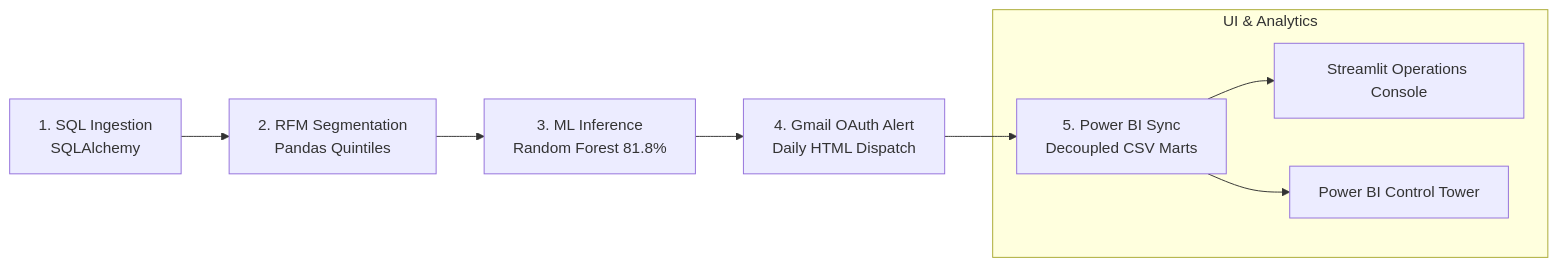
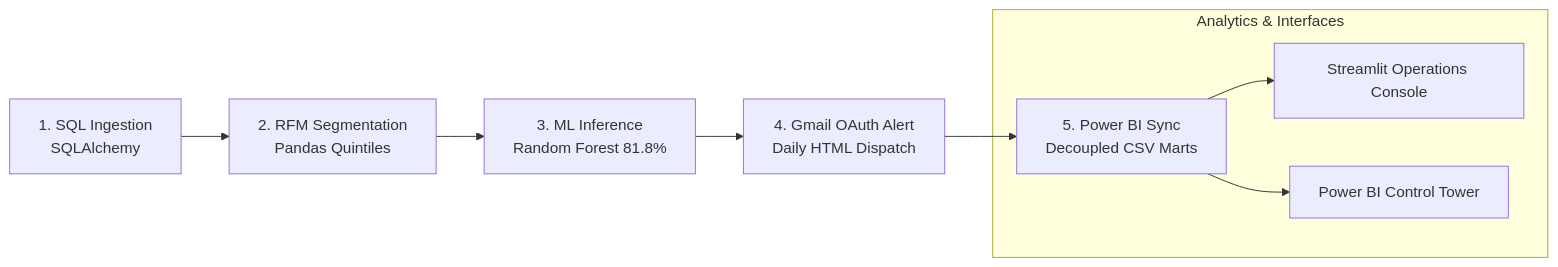
The diagram in README.md (Uday2kranth/RetainIQ-Customer-Intelligence-Engine), drawn with Mermaid before and after one commit. The commit also changed other lines of this file, not shown here.

````diff
--- a/README.md
+++ b/README.md
@@ -37,12 +37,12 @@
 ```mermaid
 flowchart LR
     A[1. SQL Ingestion\nSQLAlchemy] --> B[2. RFM Segmentation\nPandas Quintiles]
     B --> C[3. ML Inference\nRandom Forest 81.8%]
     C --> D[4. Gmail OAuth Alert\nDaily HTML Dispatch]
     D --> E[5. Power BI Sync\nDecoupled CSV Marts]
     
-    subgraph UI & Analytics
+    subgraph Analytics & Interfaces
     E --> F[Streamlit Operations Console]
     E --> G[Power BI Control Tower]
     end
 ```
````
